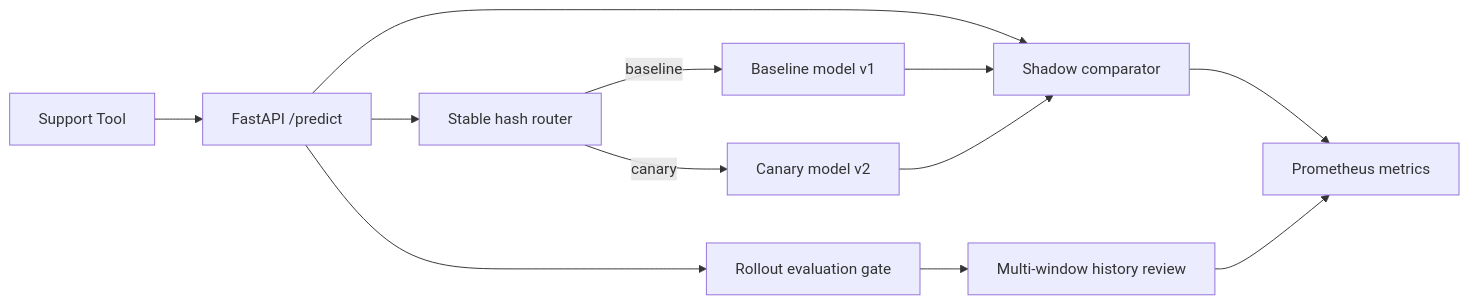
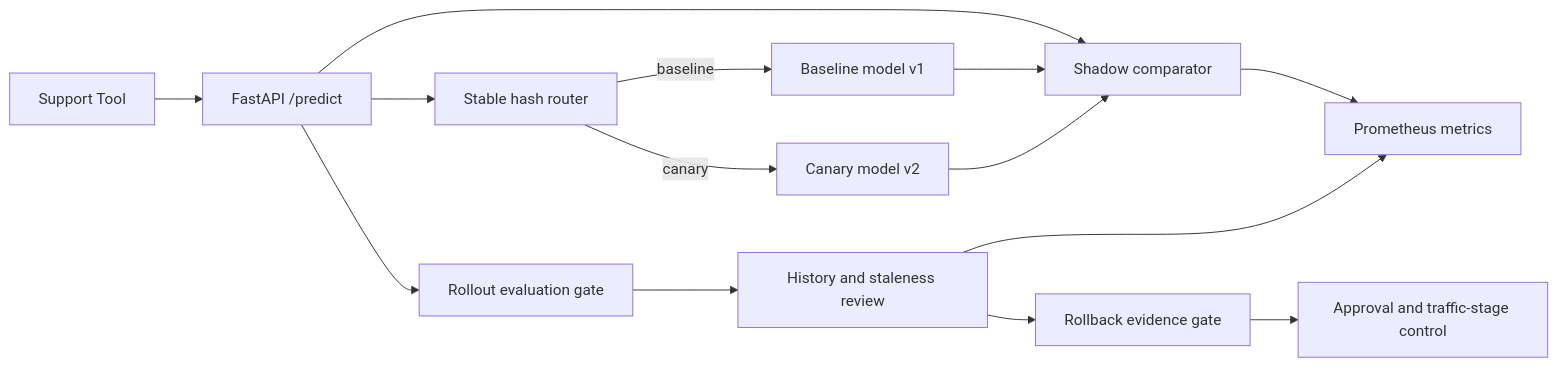
The diagram in README.md (Nagadeepak1998/model-serving-canary-platform), drawn with Mermaid before and after one commit. The commit also changed other lines of this file and 23 other files, not shown here.

Commit message:
Add canary rollout control evidence gate

````diff
--- a/README.md
+++ b/README.md
@@ -16,14 +17,16 @@
 ```mermaid
 flowchart LR
     Client["Support Tool"] --> API["FastAPI /predict"]
     API --> Router["Stable hash router"]
     Router -->|baseline| Base["Baseline model v1"]
     Router -->|canary| Canary["Canary model v2"]
     API --> Shadow["Shadow comparator"]
     API --> Gate["Rollout evaluation gate"]
-    Gate --> History["Multi-window history review"]
+    Gate --> History["History and staleness review"]
+    History --> Rollback["Rollback evidence gate"]
+    Rollback --> Control["Approval and traffic-stage control"]
     Base --> Shadow
     Canary --> Shadow
     Shadow --> Metrics["Prometheus metrics"]
     History --> Metrics
 ```
````
